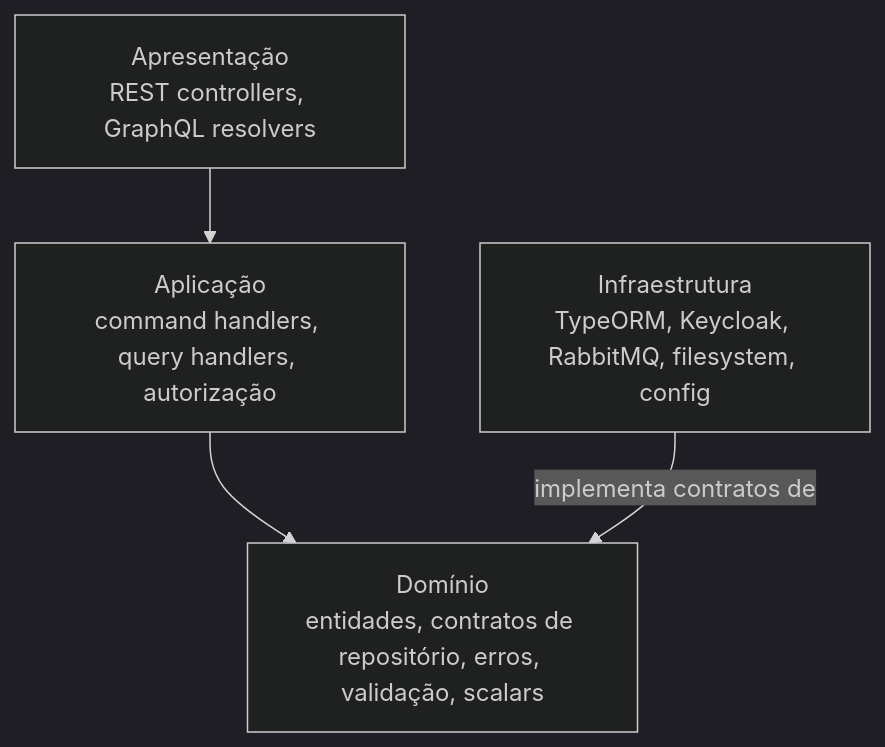
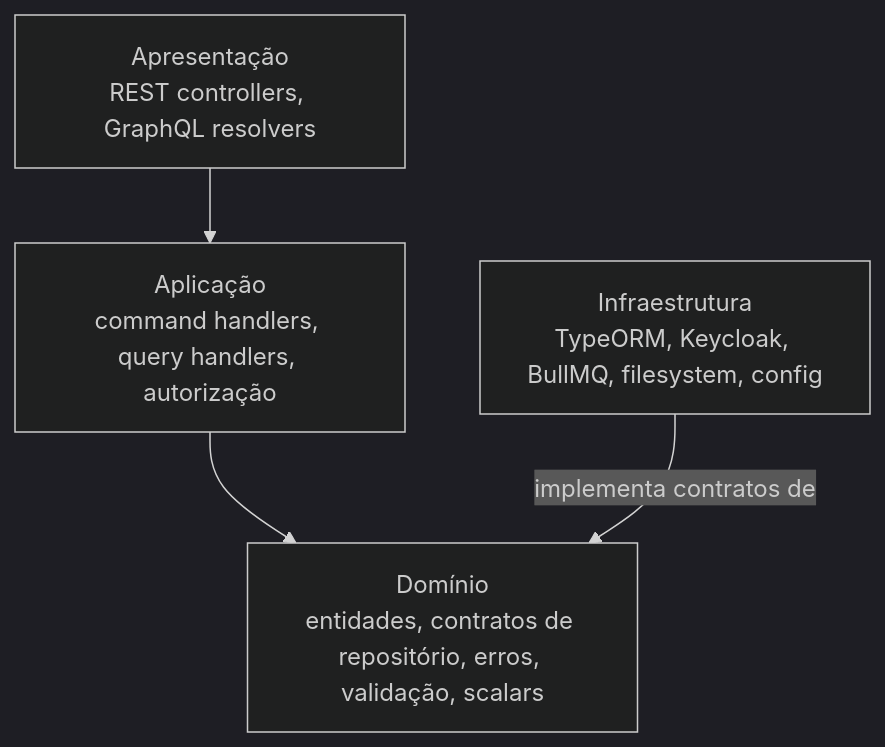
The diagram in docs/arquitetura/camadas-e-estrutura.md (ladesa-ro/management-service), drawn with Mermaid (dark theme) before and after one commit. The commit also changed other lines of this file and 8 other files, not shown here.

````diff
--- a/docs/arquitetura/camadas-e-estrutura.md
+++ b/docs/arquitetura/camadas-e-estrutura.md
@@ -14,10 +14,10 @@
 ```mermaid
 flowchart TD
     A["Apresentação\nREST controllers, GraphQL resolvers"]
     B["Aplicação\ncommand handlers, query handlers, autorização"]
     C["Domínio\nentidades, contratos de repositório, erros, validação, scalars"]
-    D["Infraestrutura\nTypeORM, Keycloak, RabbitMQ, filesystem, config"]
+    D["Infraestrutura\nTypeORM, Keycloak, BullMQ, filesystem, config"]
 
     A --> B --> C
     D -- "implementa contratos de" --> C
 ```
````
